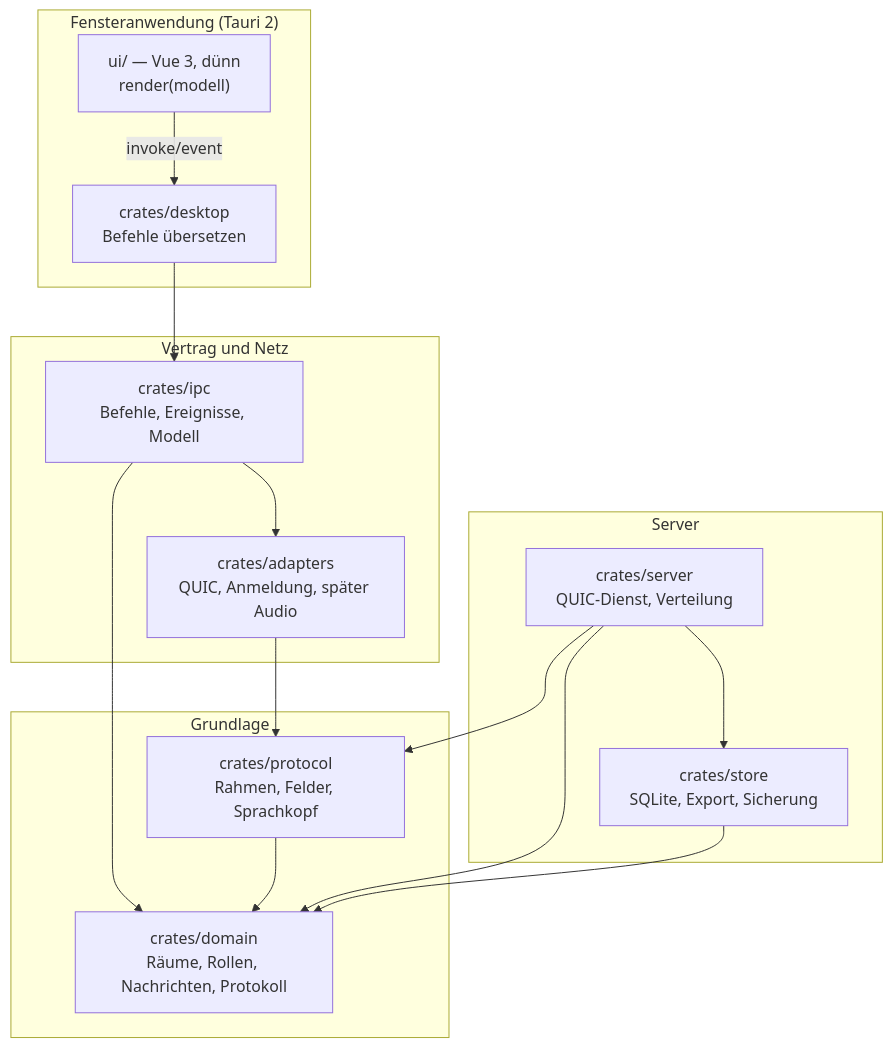
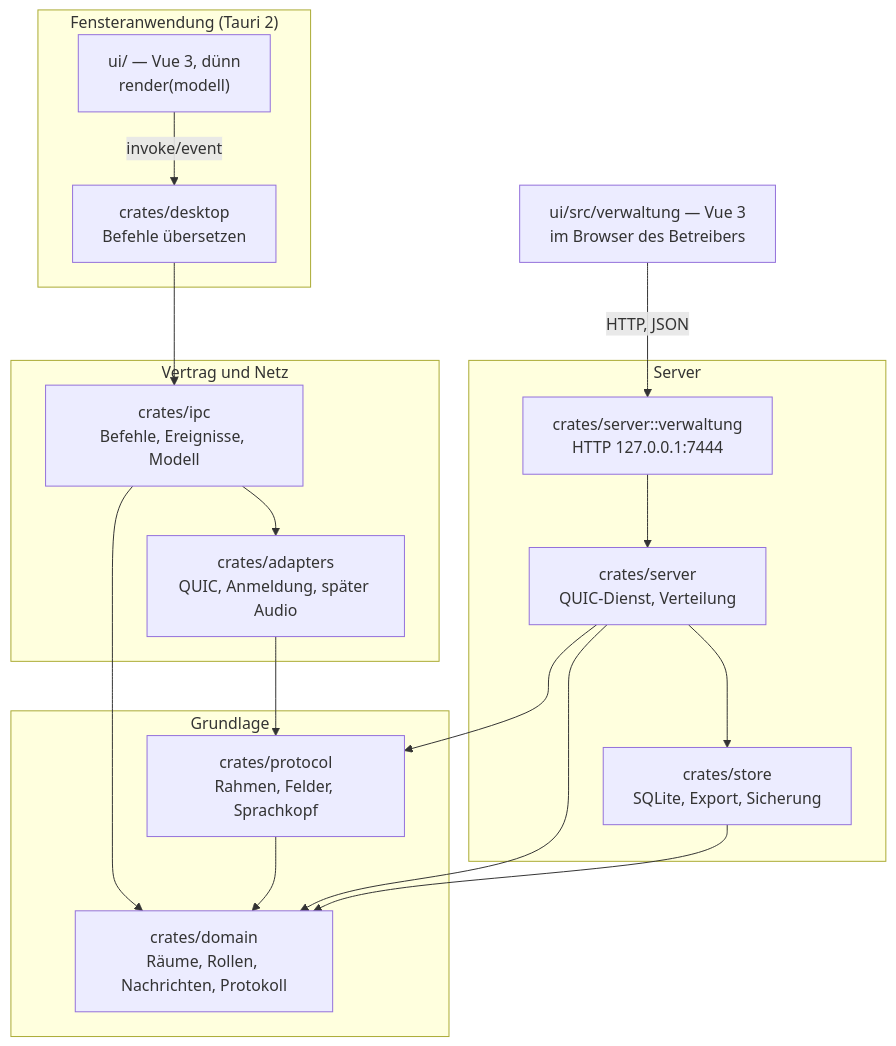
The diagram in docs/architektur.md (patimweb-labs/sprechwerk), drawn with Mermaid before and after one commit. The commit also changed other lines of this file and 13 other files, not shown here.

````diff
--- a/docs/architektur.md
+++ b/docs/architektur.md
@@ -7,33 +7,38 @@
 ```mermaid
 flowchart TB
     subgraph Client["Fensteranwendung (Tauri 2)"]
         UI["ui/ — Vue 3, dünn<br/>render(modell)"]
         DESK["crates/desktop<br/>Befehle übersetzen"]
     end
 
     subgraph Mitte["Vertrag und Netz"]
         IPC["crates/ipc<br/>Befehle, Ereignisse, Modell"]
         AD["crates/adapters<br/>QUIC, Anmeldung, später Audio"]
     end
 
     subgraph Unten["Grundlage"]
         PROTO["crates/protocol<br/>Rahmen, Felder, Sprachkopf"]
         DOM["crates/domain<br/>Räume, Rollen, Nachrichten, Protokoll"]
     end
 
     subgraph Server["Server"]
         SRV["crates/server<br/>QUIC-Dienst, Verteilung"]
         STORE["crates/store<br/>SQLite, Export, Sicherung"]
+        VERW["crates/server::verwaltung<br/>HTTP 127.0.0.1:7444"]
     end
+
+    BROWSER["ui/src/verwaltung — Vue 3<br/>im Browser des Betreibers"]
 
     UI -->|invoke/event| DESK
     DESK --> IPC
     IPC --> AD
     IPC --> DOM
     AD --> PROTO
     PROTO --> DOM
     SRV --> PROTO
     SRV --> DOM
     SRV --> STORE
     STORE --> DOM
+    BROWSER -->|"HTTP, JSON"| VERW
+    VERW --> SRV
 ```
````
